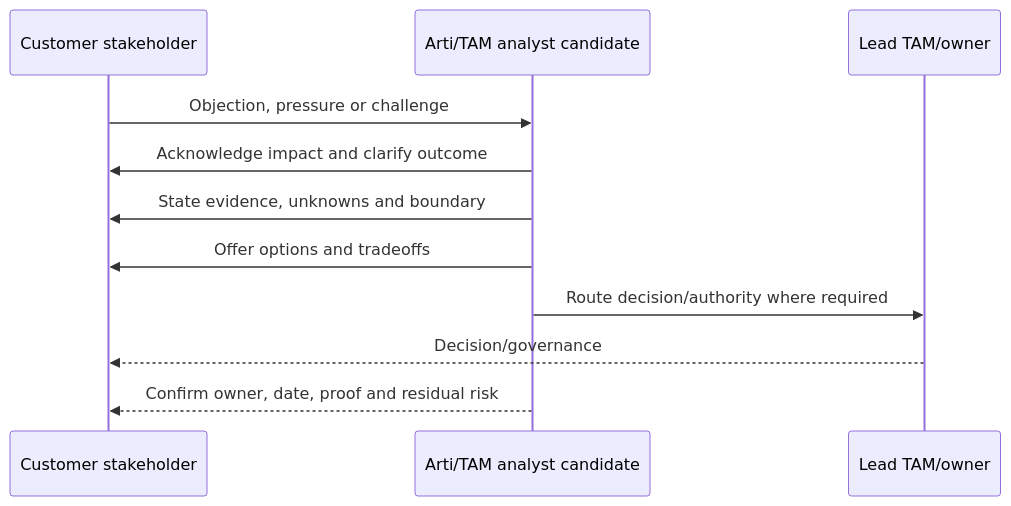
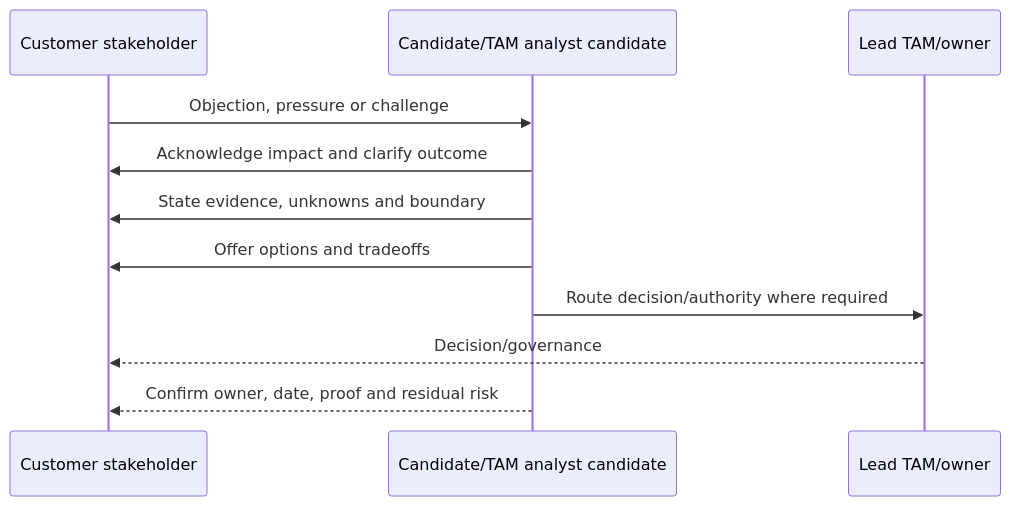
One commit to hichauhan-in/Interview-Prep changed diagram 27 of 32 in NetApp TAM/prep/Part-96-behavioral-leadership-closing.md. Above: the diagram before and after it, drawn with Mermaid. The commit also changed other lines of this file and 493 other files, not shown here.

````diff
--- a/NetApp TAM/prep/Part-96-behavioral-leadership-closing.md
+++ b/NetApp TAM/prep/Part-96-behavioral-leadership-closing.md
@@ -873,13 +873,13 @@
 ```mermaid
 sequenceDiagram
     participant C as Customer stakeholder
-    participant A as Arti/TAM analyst candidate
+    participant A as Candidate/TAM analyst candidate
     participant L as Lead TAM/owner
     C->>A: Objection, pressure or challenge
     A->>C: Acknowledge impact and clarify outcome
     A->>C: State evidence, unknowns and boundary
     A->>C: Offer options and tradeoffs
     A->>L: Route decision/authority where required
     L-->>C: Decision/governance
     A-->>C: Confirm owner, date, proof and residual risk
 ```
````
